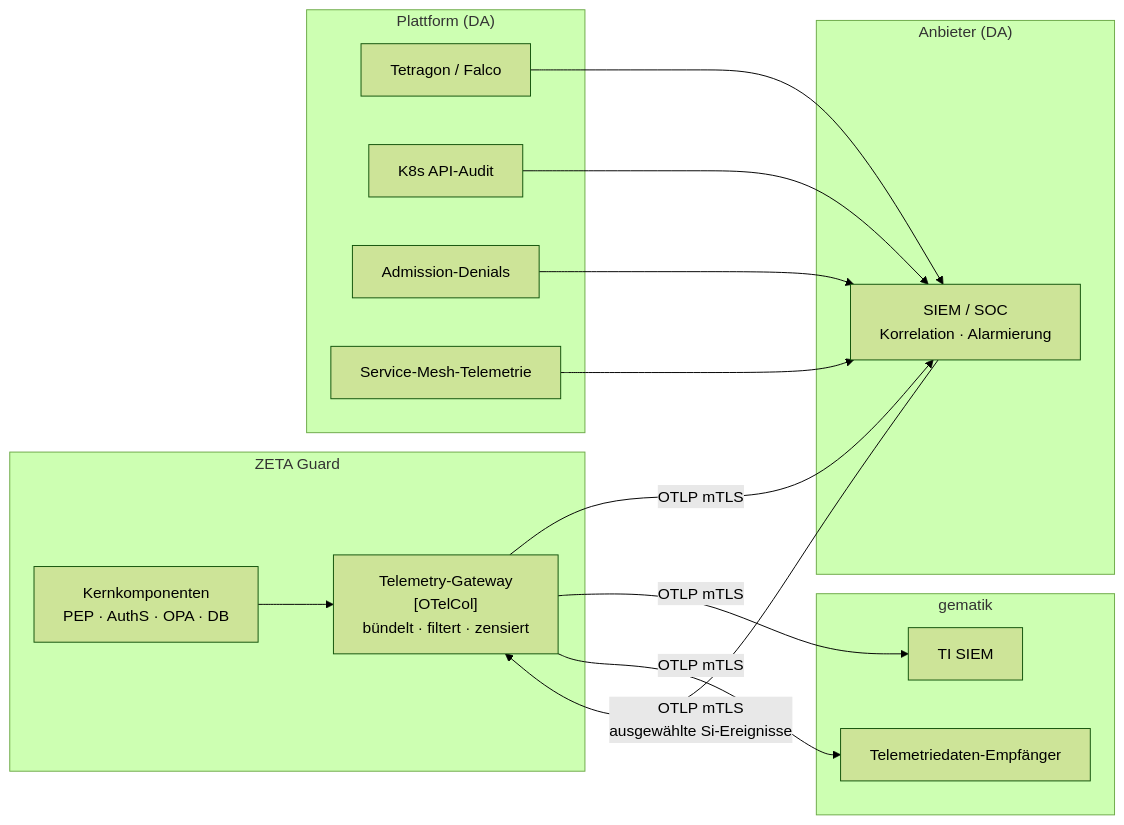
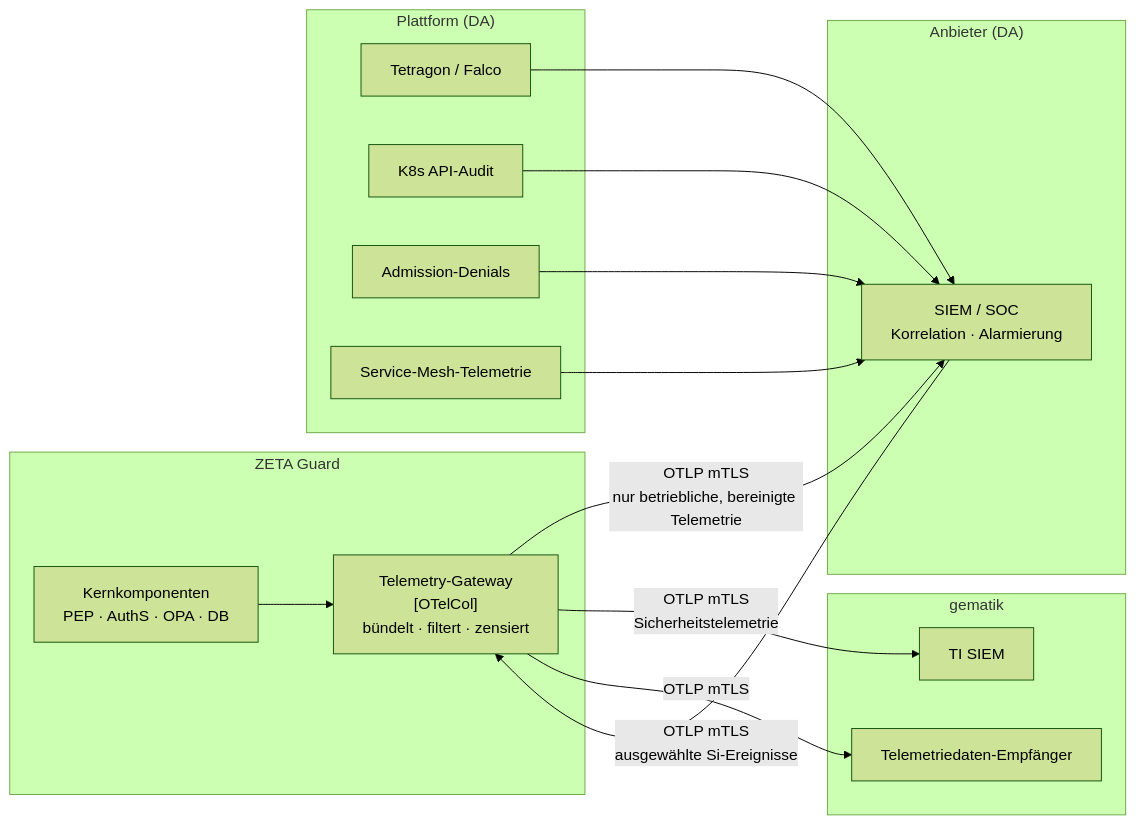
One commit to gematik/zeta changed the second of 2 diagrams in docs/user-manual/Referenzen/Konzept-Laufzeitueberwachung.md. Above: the diagram before and after it, drawn with Mermaid (forest theme). The commit also changed other lines of this file and 20 other files, not shown here.

````diff
--- a/docs/user-manual/Referenzen/Konzept-Laufzeitueberwachung.md
+++ b/docs/user-manual/Referenzen/Konzept-Laufzeitueberwachung.md
@@ -1210,29 +1445,29 @@
 ```mermaid
 flowchart LR
     subgraph ZG["ZETA Guard"]
         K["Kernkomponenten<br/>PEP · AuthS · OPA · DB"]
         GW["Telemetry-Gateway<br/>[OTelCol]<br/>bündelt · filtert · zensiert"]
         K --> GW
     end
     subgraph PLAT["Plattform (DA)"]
         RT["Tetragon / Falco"]
         AUD["K8s API-Audit"]
         ADM["Admission-Denials"]
         MESH["Service-Mesh-Telemetrie"]
     end
     subgraph DAS["Anbieter (DA)"]
         SOC["SIEM / SOC<br/>Korrelation · Alarmierung"]
     end
     subgraph GEM["gematik"]
         TSIEM["TI SIEM"]
         TMON["Telemetriedaten-Empfänger"]
     end
-    GW -->|OTLP mTLS| SOC
-    GW -->|OTLP mTLS| TSIEM
+    GW -->|OTLP mTLS<br/>nur betriebliche, bereinigte Telemetrie| SOC
+    GW -->|OTLP mTLS<br/>Sicherheitstelemetrie| TSIEM
     GW -->|OTLP mTLS| TMON
     RT --> SOC
     AUD --> SOC
     ADM --> SOC
     MESH --> SOC
     SOC -->|OTLP mTLS<br/>ausgewählte Si-Ereignisse| GW
 ```
````
